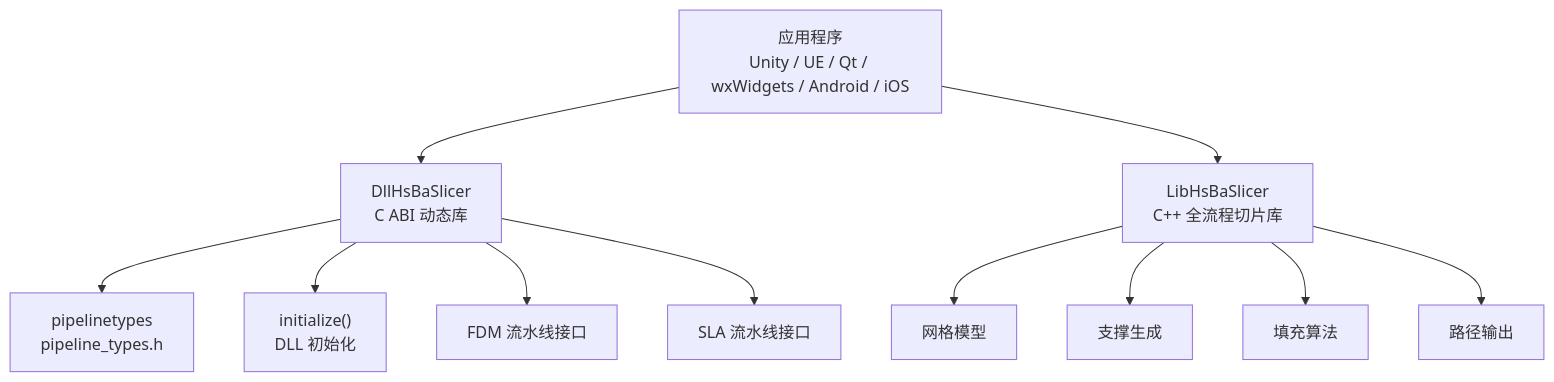
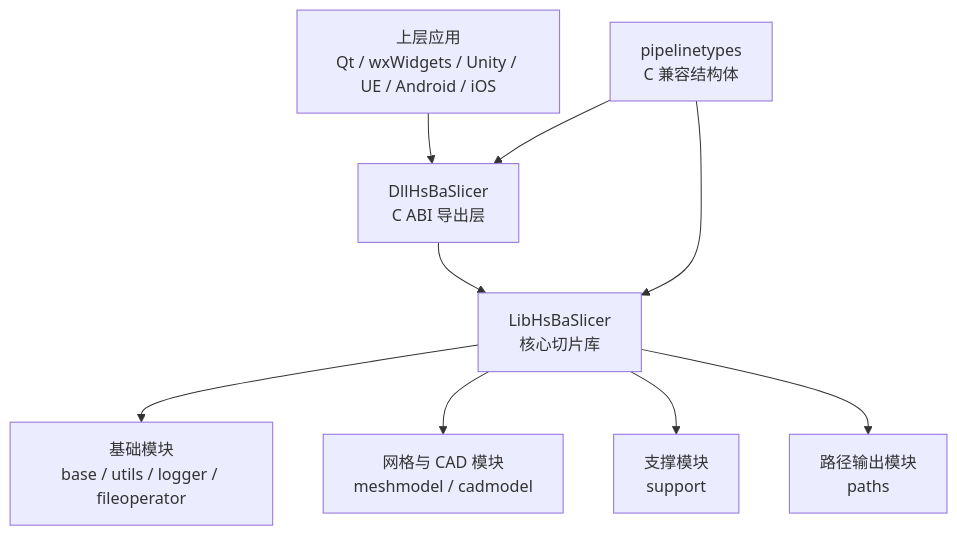
One commit to hsmbanlance/HsBaSlicer changed the first of 8 diagrams in .qoder/repowiki/zh/content/集成指南/集成指南.md. Above: the diagram before and after it, drawn with Mermaid. The commit also changed other lines of this file and 1095 other files, not shown here.

````diff
--- a/.qoder/repowiki/zh/content/集成指南/集成指南.md
+++ b/.qoder/repowiki/zh/content/集成指南/集成指南.md
@@ -68,13 +53,11 @@
 ```mermaid
 graph TB
-App["应用程序<br/>Unity / UE / Qt / wxWidgets / Android / iOS"] --> Dll["DllHsBaSlicer<br/>C ABI 动态库"]
-App --> Lib["LibHsBaSlicer<br/>C++ 全流程切片库"]
-Dll --> Types["pipelinetypes<br/>pipeline_types.h"]
-Dll --> Init["initialize()<br/>DLL 初始化"]
-Dll --> FDM["FDM 流水线接口"]
-Dll --> SLA["SLA 流水线接口"]
-Lib --> Mesh["网格模型"]
-Lib --> Support["支撑生成"]
-Lib --> Fill["填充算法"]
-Lib --> Path["路径输出"]
+App["上层应用<br/>Qt / wxWidgets / Unity / UE / Android / iOS"] --> Dll["DllHsBaSlicer<br/>C ABI 导出层"]
+Dll --> Lib["LibHsBaSlicer<br/>核心切片库"]
+Lib --> Base["基础模块<br/>base / utils / logger / fileoperator"]
+Lib --> Mesh["网格与 CAD 模块<br/>meshmodel / cadmodel"]
+Lib --> Support["支撑模块<br/>support"]
+Lib --> Paths["路径输出模块<br/>paths"]
+Types["pipelinetypes<br/>C 兼容结构体"] --> Dll
+Types --> Lib
 ```
````
